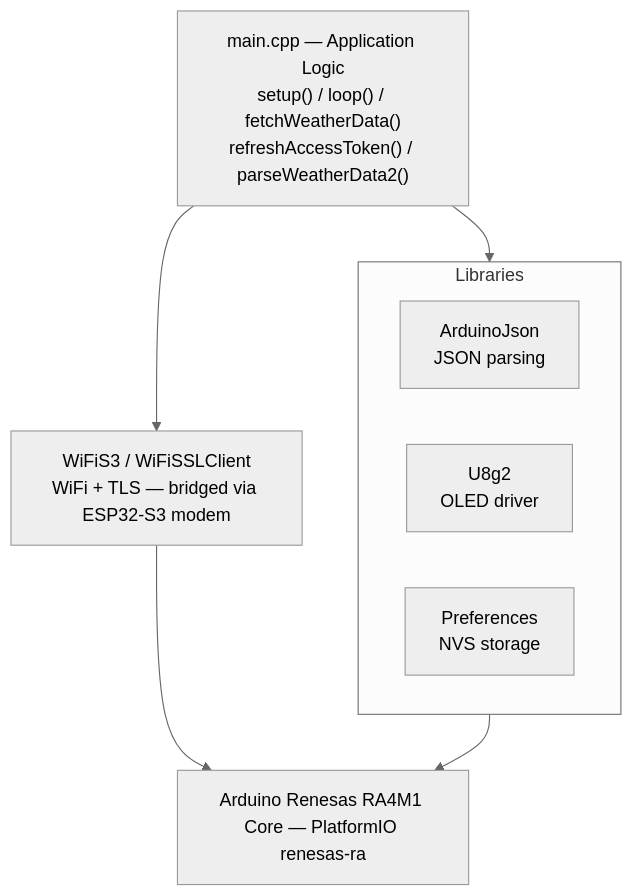
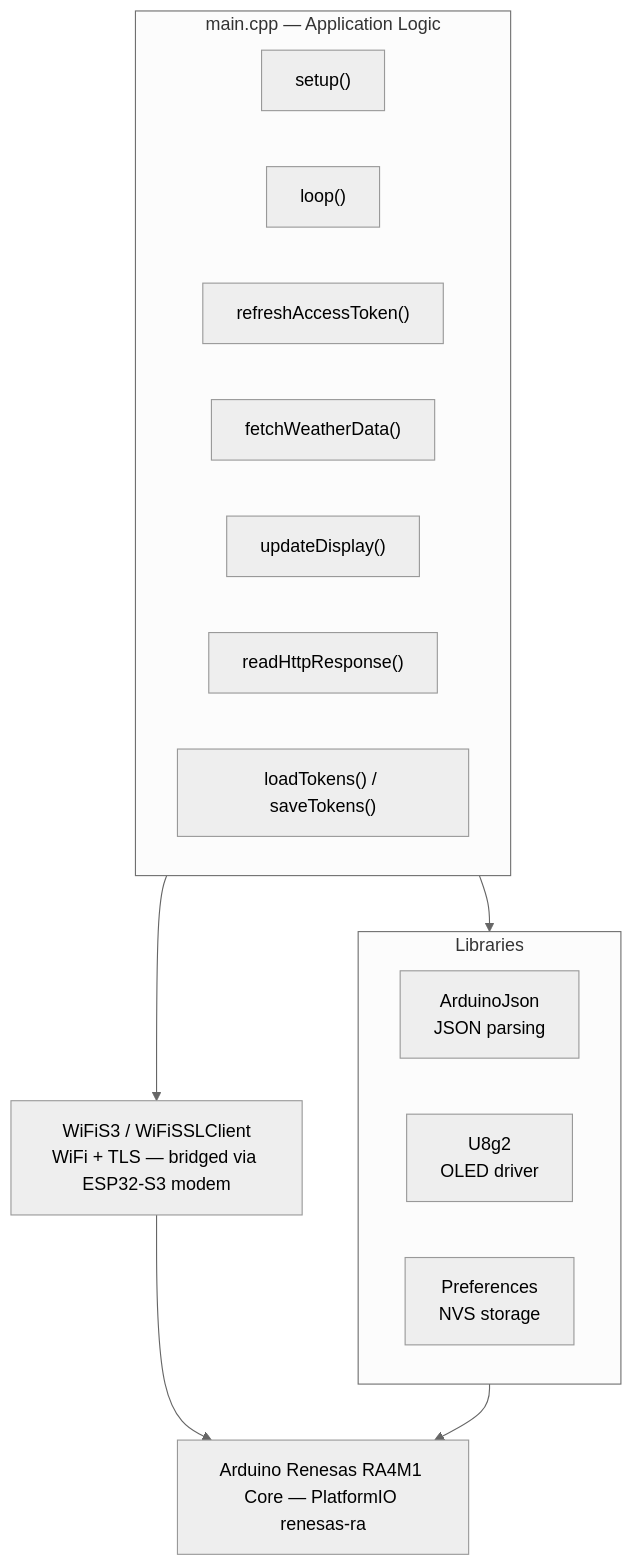
The third of 6 diagrams in README.md (vcchstrandberg/netatmo-weather-api), drawn with Mermaid (neutral theme) before and after one commit. The commit also changed other lines of this file, not shown here.

First line of the commit message:
Update README architecture diagrams for refactored code

````diff
--- a/README.md
+++ b/README.md
@@ -63,19 +63,28 @@
 ```mermaid
 flowchart TB
-    main["main.cpp — Application Logic\nsetup() / loop() / fetchWeatherData()\nrefreshAccessToken() / parseWeatherData2()"]
+    subgraph main[main.cpp — Application Logic]
+        direction LR
+        setup["setup()"]
+        loop["loop()"]
+        refresh["refreshAccessToken()"]
+        fetch["fetchWeatherData()"]
+        display["updateDisplay()"]
+        read["readHttpResponse()"]
+        tokens["loadTokens() / saveTokens()"]
+    end
 
     subgraph libs[Libraries]
         direction LR
         json[ArduinoJson\nJSON parsing]
         u8g2[U8g2\nOLED driver]
         prefs[Preferences\nNVS storage]
     end
 
     wifi[WiFiS3 / WiFiSSLClient\nWiFi + TLS — bridged via ESP32-S3 modem]
     core[Arduino Renesas RA4M1 Core — PlatformIO renesas-ra]
 
     main --> libs
     main --> wifi
     libs --> core
     wifi --> core
 ```
````
